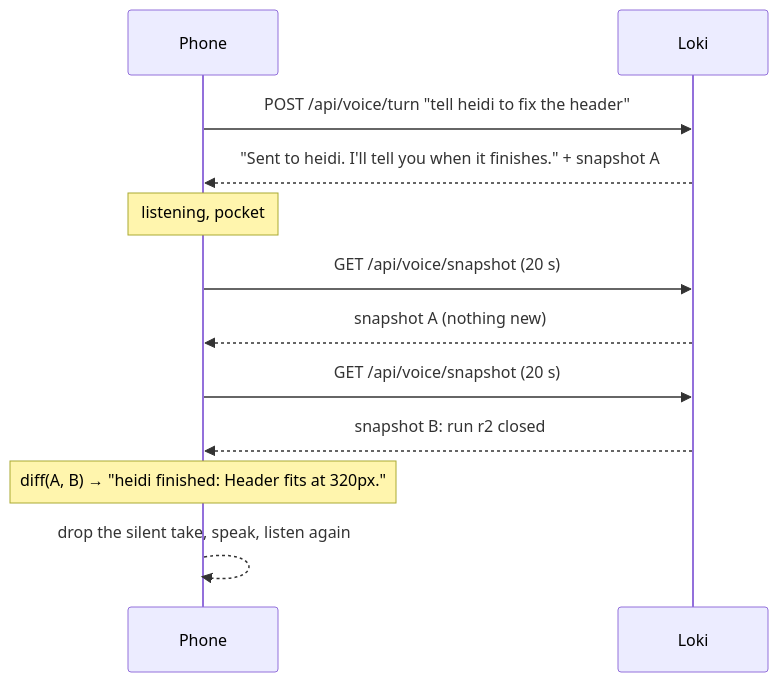
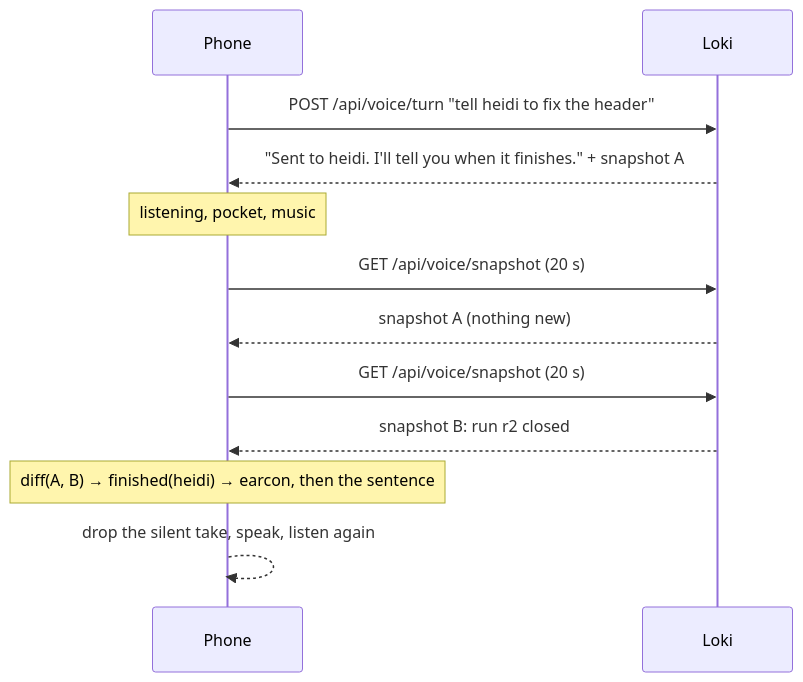
Before and after one commit to bitbaum/loki: the diagram in content/thoughts/the-fleet-in-your-ear.md, drawn with Mermaid. The commit also changed other lines of this file and 28 other files, not shown here.

````diff
--- a/content/thoughts/the-fleet-in-your-ear.md
+++ b/content/thoughts/the-fleet-in-your-ear.md
@@ -64,14 +100,14 @@
 ```mermaid
 sequenceDiagram
   participant P as Phone
   participant S as Loki
   P->>S: POST /api/voice/turn "tell heidi to fix the header"
   S-->>P: "Sent to heidi. I'll tell you when it finishes." + snapshot A
-  Note over P: listening, pocket
+  Note over P: listening, pocket, music
   P->>S: GET /api/voice/snapshot (20 s)
   S-->>P: snapshot A (nothing new)
   P->>S: GET /api/voice/snapshot (20 s)
   S-->>P: snapshot B: run r2 closed
-  Note over P: diff(A, B) → "heidi finished: Header fits at 320px."
+  Note over P: diff(A, B) → finished(heidi) → earcon, then the sentence
   P-->>P: drop the silent take, speak, listen again
 ```
````
